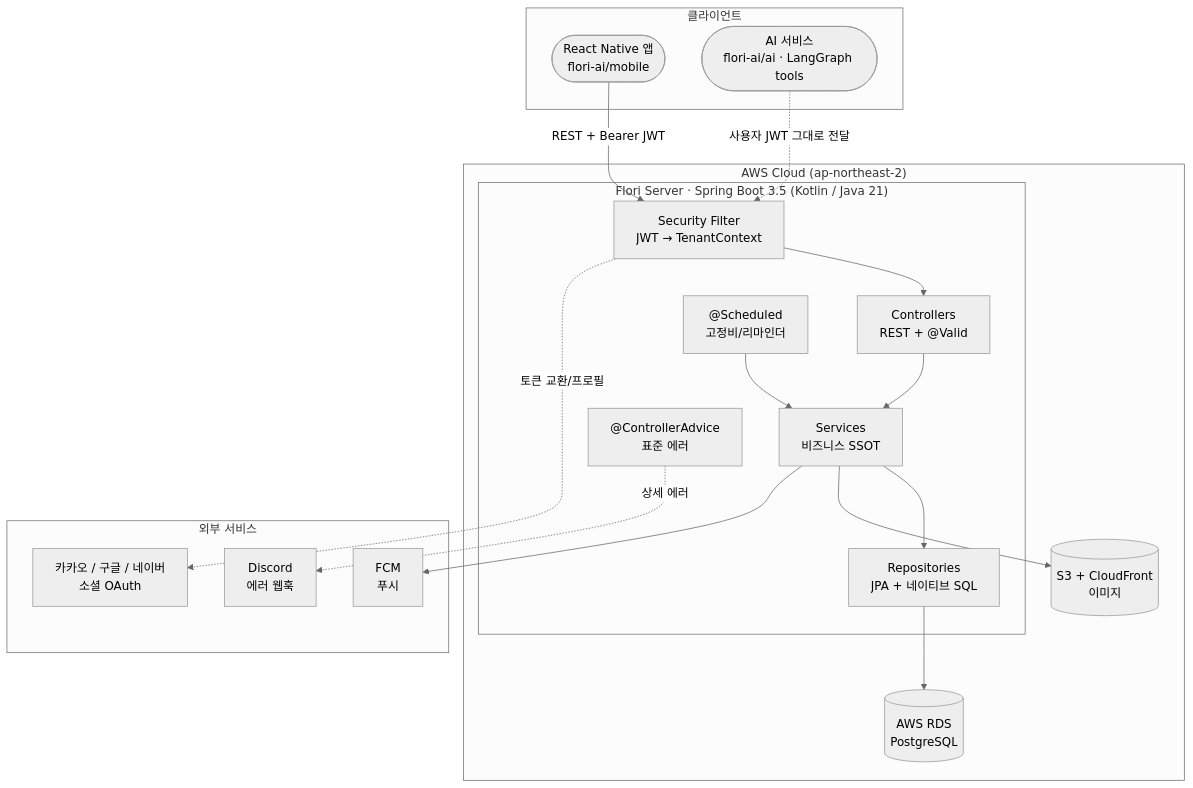
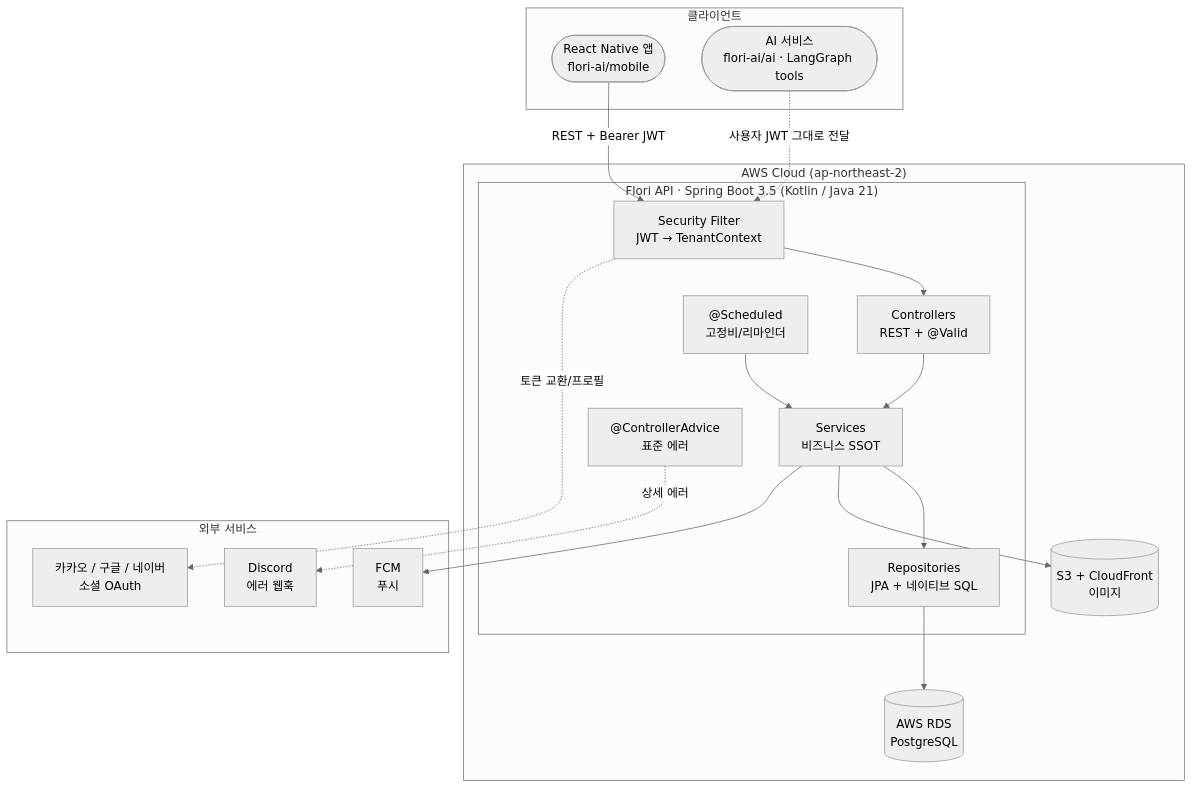
One commit to flori-ai-kr/api changed the first of 2 diagrams in README.md. Above: the diagram before and after it, drawn with Mermaid (neutral theme). The commit also changed other lines of this file and 6 other files, not shown here.

First line of the commit message:
docs: 제품명 용어 통일 Flori Server → Flori API [skip ci]

````diff
--- a/README.md
+++ b/README.md
@@ -102,35 +102,35 @@
 ```mermaid
 flowchart TB
     subgraph Clients["클라이언트"]
         App([React Native 앱<br/>flori-ai/mobile])
         AI([AI 서비스<br/>flori-ai/ai · LangGraph tools])
     end
 
     subgraph AWS["AWS Cloud (ap-northeast-2)"]
-        subgraph Server["Flori Server · Spring Boot 3.5 (Kotlin / Java 21)"]
+        subgraph Server["Flori API · Spring Boot 3.5 (Kotlin / Java 21)"]
             Sec["Security Filter<br/>JWT → TenantContext"]
             Ctrl["Controllers<br/>REST + @Valid"]
             Svc["Services<br/>비즈니스 SSOT"]
             Repo["Repositories<br/>JPA + 네이티브 SQL"]
             Sched["@Scheduled<br/>고정비/리마인더"]
             Adv["@ControllerAdvice<br/>표준 에러"]
         end
         RDS[(AWS RDS<br/>PostgreSQL)]
         S3[(S3 + CloudFront<br/>이미지)]
     end
 
     subgraph External["외부 서비스"]
         FCM["FCM<br/>푸시"]
         Discord["Discord<br/>에러 웹훅"]
         OAuth["카카오 / 구글 / 네이버<br/>소셜 OAuth"]
     end
 
     App -->|"REST + Bearer JWT"| Sec
     AI -.->|"사용자 JWT 그대로 전달"| Sec
     Sec --> Ctrl --> Svc --> Repo --> RDS
     Svc --> S3
     Svc --> FCM
     Adv -.->|"상세 에러"| Discord
     Sec -.->|"토큰 교환/프로필"| OAuth
     Sched --> Svc
 ```
````
